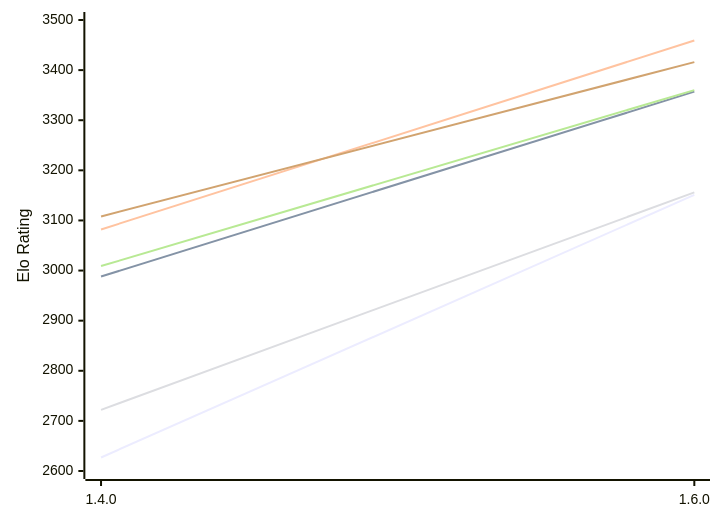
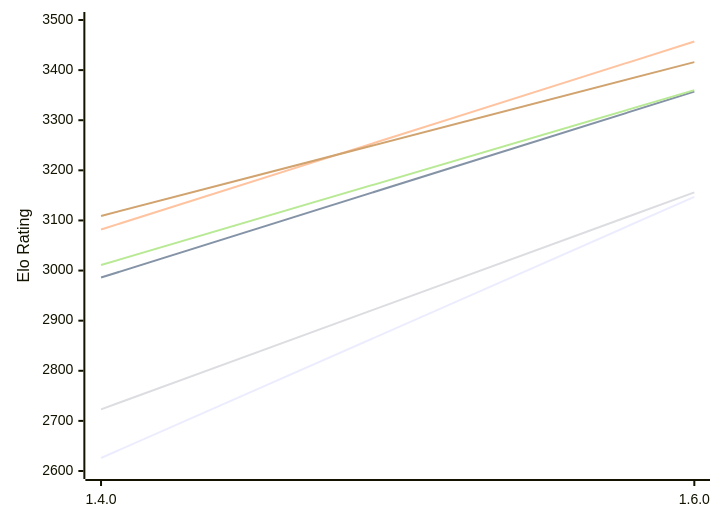
One commit to computer-chess-index/cci changed the first of 2 diagrams in engines/Gyatso.md. Above: the diagram before and after it, drawn with Mermaid. The commit also changed other lines of this file, not shown here.

Commit message:
Update CCI Ratings (ELO VLTC) - 2026-11-28

````diff
--- a/engines/Gyatso.md
+++ b/engines/Gyatso.md
@@ -53,12 +53,12 @@
 ```mermaid
 %%{init: {"theme":"base","themeVariables":{"seriesColors:['#a3a3a3','#222221','#faa371']}}}%%
 xychart-beta
   x-axis ["1.4.0", "1.6.0"]
   y-axis "Elo Rating" 2600 --> 3500
-  line "E1: STC (8.0+0.08s)" [2627, 3151]
-  line "E1: LTC (60.0+0.60s)" [2988, 3357]
-  line "E1: VLTC (2m24s+1.12s)" [3082, 3459]
-  line "P1: STC (8.0+0.08s)" [2722, 3156]
-  line "P1: LTC (60.0+0.60s)" [3009, 3360]
-  line "P1: VLTC (2m24s+1.12s)" [3108, 3416]
+  line "E1: STC (8.0+0.08s)" [2626, 3147]
+  line "E1: LTC (60.0+0.60s)" [2986, 3357]
+  line "E1: VLTC (2m24s+1.12s)" [3082, 3457]
+  line "P1: STC (8.0+0.08s)" [2723, 3156]
+  line "P1: LTC (60.0+0.60s)" [3011, 3360]
+  line "P1: VLTC (2m24s+1.12s)" [3109, 3416]
 ```
````
